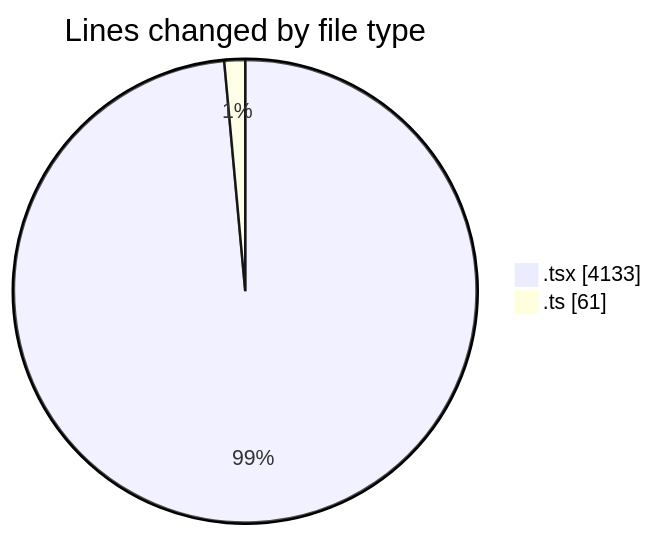
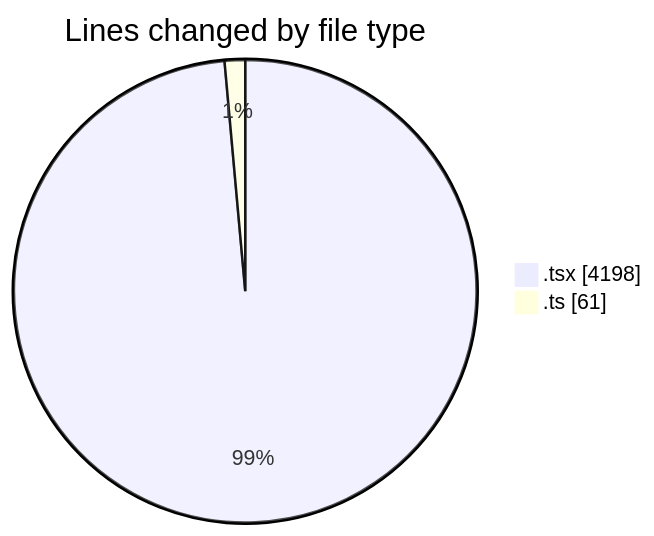
Before and after one commit to julien-gomy/code-tracking: the first of 2 diagrams in 2025-11-18/eventscop-frontend-guide__workspace_/README.md, drawn with Mermaid. The commit also changed other lines of this file and 1 other file, not shown here.

````diff
--- a/2025-11-18/eventscop-frontend-guide__workspace_/README.md
+++ b/2025-11-18/eventscop-frontend-guide__workspace_/README.md
@@ -50,6 +51,6 @@
 ```mermaid
 pie showData
 title Lines changed by file type
-".tsx" : 4133
+".tsx" : 4198
 ".ts" : 61
 ```
````
